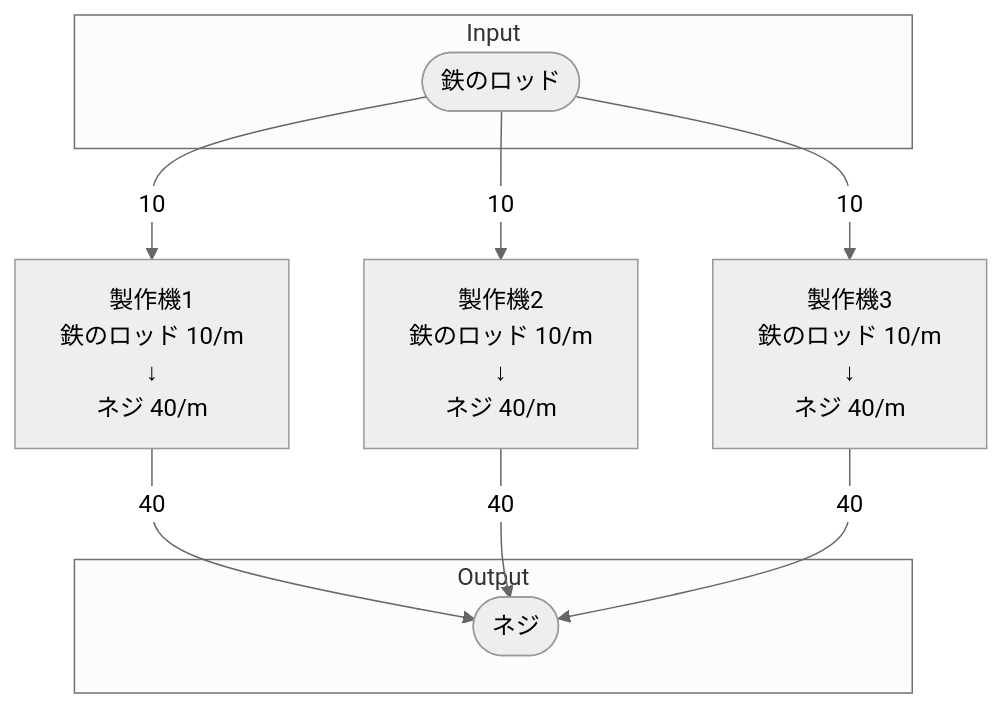
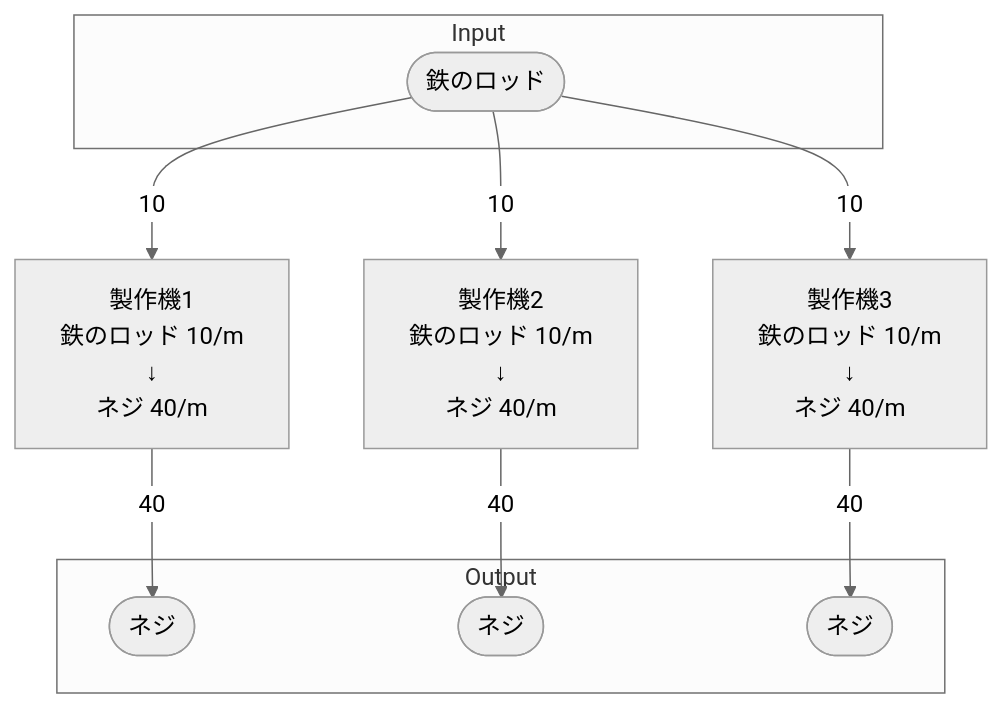
Before and after one commit to Suzuran-Amano/SatisfactoryTaskEfficiency: the diagram in 40_FactoryBuilding/初期一時鉄のロッド工場/40_個別製造ライン設計書/個別製造ライン設計書_ネジ製造ライン.md, drawn with Mermaid (neutral theme). The commit also changed 1 other file, not shown here.

Commit message:
初期一時鉄のロッド工場の書類バージョン更新と、ネジ個別製造ラインのアウトプット変更

````diff
--- a/40_FactoryBuilding/初期一時鉄のロッド工場/40_個別製造ライン設計書/個別製造ライン設計書_ネジ製造ライン.md
+++ b/40_FactoryBuilding/初期一時鉄のロッド工場/40_個別製造ライン設計書/個別製造ライン設計書_ネジ製造ライン.md
@@ -18,45 +18,46 @@
 ```mermaid
 flowchart TD
 
 subgraph Input
     鉄のロッド([鉄のロッド])
 end
 
 製作機1[
     製作機1
     鉄のロッド 10/m
     ↓
     ネジ 40/m
 ]
 
 製作機2[
     製作機2
     鉄のロッド 10/m
     ↓
     ネジ 40/m
 ]
 
 製作機3[
     製作機3
     鉄のロッド 10/m
     ↓
     ネジ 40/m
 ]
 
 subgraph Output
-    ネジ([ネジ])
+    ネジ1([ネジ])
+    ネジ2([ネジ])
+    ネジ3([ネジ])
 end
 
 
 鉄のロッド-->|10|製作機1
-製作機1-->|40|ネジ
-
+製作機1-->|40|ネジ1
 
 鉄のロッド-->|10|製作機2
-製作機2-->|40|ネジ
+製作機2-->|40|ネジ2
 
 鉄のロッド-->|10|製作機3
-製作機3-->|40|ネジ
+製作機3-->|40|ネジ3
 
 
 ```
````
